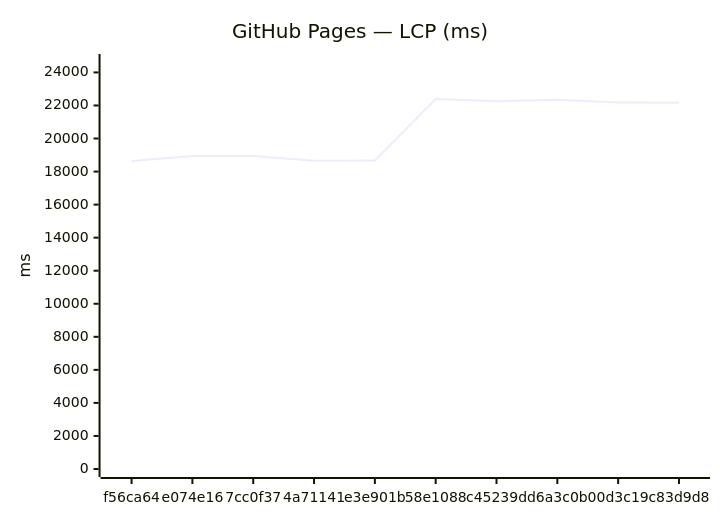
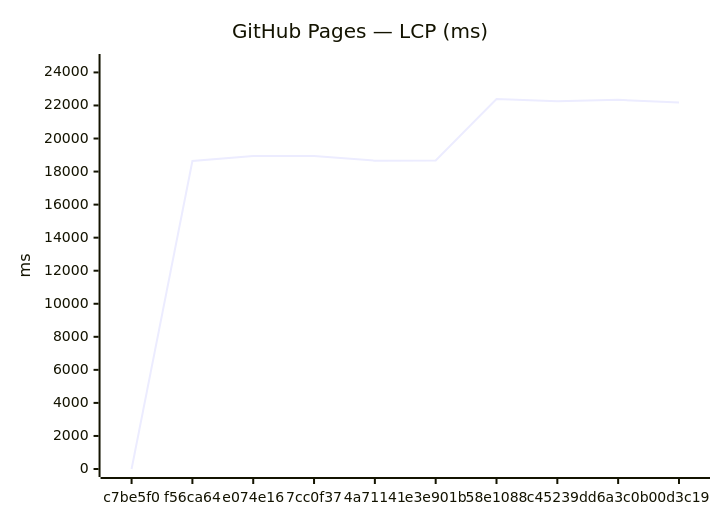
One commit to Metaheurist/Rianell changed the third of 18 diagrams in benchmarks/compare.md. Above: the diagram before and after it, drawn with Mermaid. The commit also changed other lines of this file and 11 other files, not shown here.

````diff
--- a/benchmarks/compare.md
+++ b/benchmarks/compare.md
@@ -54,7 +54,7 @@
 ```mermaid
 xychart-beta
     title "GitHub Pages — LCP (ms)"
-    x-axis ["f56ca64", "e074e16", "7cc0f37", "4a71141", "e3e901b", "58e1088", "c45239d", "d6a3c0b", "00d3c19", "c83d9d8"]
+    x-axis ["c7be5f0", "f56ca64", "e074e16", "7cc0f37", "4a71141", "e3e901b", "58e1088", "c45239d", "d6a3c0b", "00d3c19"]
     y-axis "ms" 0 --> 24631
-    line [18641, 18940, 18936, 18660, 18674, 22391, 22250, 22344, 22178, 22170]
+    line [0, 18641, 18940, 18936, 18660, 18674, 22391, 22250, 22344, 22178]
 ```
````
